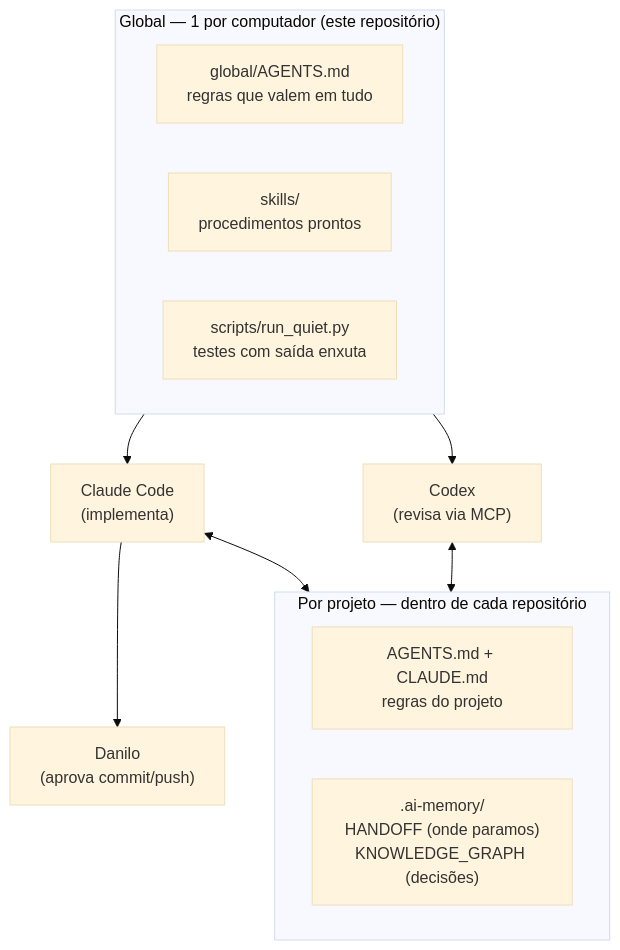
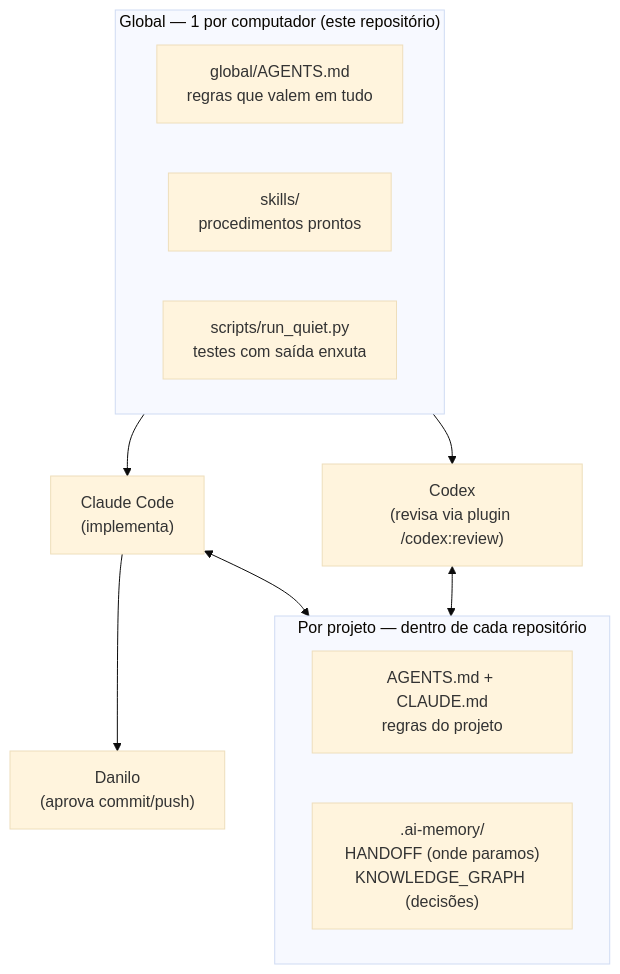
One commit to daniloptoledo/agentes-config changed the diagram in README.md. Above: the diagram before and after it, drawn with Mermaid (base theme). The commit also changed other lines of this file and 1 other file, not shown here.

First line of the commit message:
docs: revisão pelo plugin oficial do Codex (/codex:review)

````diff
--- a/README.md
+++ b/README.md
@@ -10,19 +10,19 @@
 ```mermaid
 flowchart TB
     subgraph G["Global — 1 por computador (este repositório)"]
         R["global/AGENTS.md\nregras que valem em tudo"]
         S["skills/\nprocedimentos prontos"]
         X["scripts/run_quiet.py\ntestes com saída enxuta"]
     end
     subgraph P["Por projeto — dentro de cada repositório"]
         A["AGENTS.md + CLAUDE.md\nregras do projeto"]
         M[".ai-memory/\nHANDOFF (onde paramos)\nKNOWLEDGE_GRAPH (decisões)"]
     end
     C["Claude Code\n(implementa)"]
-    D["Codex\n(revisa via MCP)"]
+    D["Codex\n(revisa via plugin /codex:review)"]
     H["Danilo\n(aprova commit/push)"]
     G --> C & D
     C <--> P
     D <--> P
     C --> H
 ```
````
